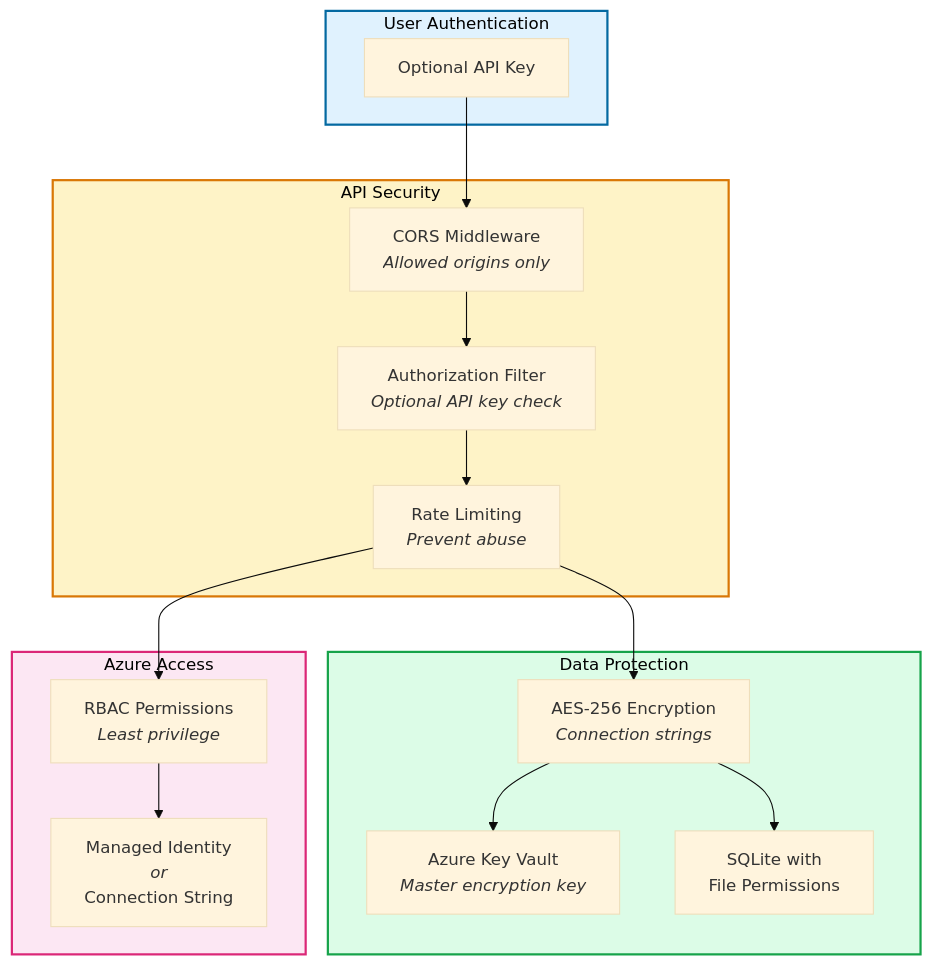
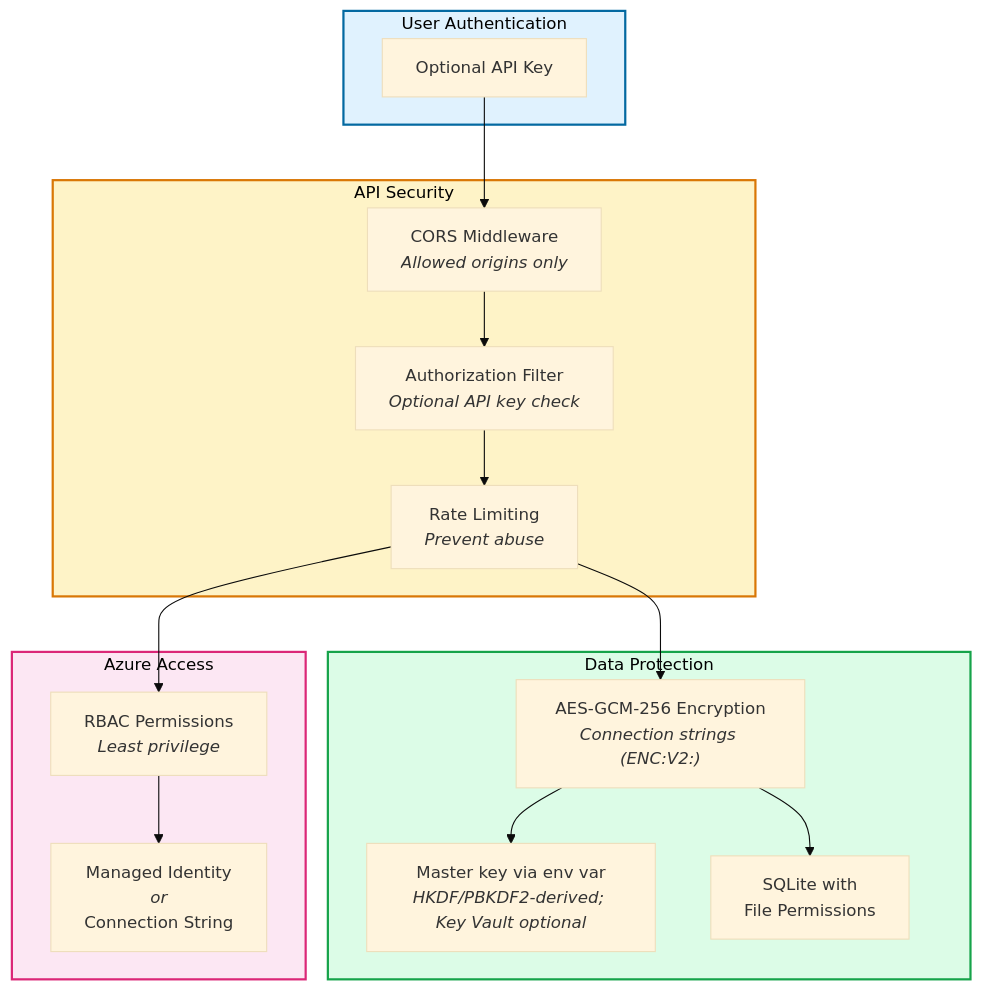
One commit to debdevops/servicehub changed diagram 13 of 13 in docs/COMPREHENSIVE-GUIDE.md. Above: the diagram before and after it, drawn with Mermaid. The commit also changed other lines of this file and 9 other files, not shown here.

First line of the commit message:
Enhance documentation and security measures; refactor architecture for multi-cloud support

````diff
--- a/docs/COMPREHENSIVE-GUIDE.md
+++ b/docs/COMPREHENSIVE-GUIDE.md
@@ -1061,38 +1075,38 @@
 ```mermaid
 %%{init: {'theme':'base', 'themeVariables': { 'fontSize':'15px'}}}%%
 graph TB
     subgraph User["User Authentication"]
         LOGIN["Optional API Key"]
     end
     
     subgraph API["API Security"]
         CORS["CORS Middleware<br/><i>Allowed origins only</i>"]
         AUTH["Authorization Filter<br/><i>Optional API key check</i>"]
         RATE["Rate Limiting<br/><i>Prevent abuse</i>"]
     end
     
     subgraph Data["Data Protection"]
-        ENCRYPT["AES-256 Encryption<br/><i>Connection strings</i>"]
-        SECRETS["Azure Key Vault<br/><i>Master encryption key</i>"]
+        ENCRYPT["AES-GCM-256 Encryption<br/><i>Connection strings (ENC:V2:)</i>"]
+        SECRETS["Master key via env var<br/><i>HKDF/PBKDF2-derived; Key Vault optional</i>"]
         DB["SQLite with<br/>File Permissions"]
     end
     
     subgraph Azure["Azure Access"]
         RBAC["RBAC Permissions<br/><i>Least privilege</i>"]
         SAS["Managed Identity<br/><i>or</i><br/>Connection String"]
     end
     
     LOGIN --> CORS
     CORS --> AUTH
     AUTH --> RATE
     RATE --> ENCRYPT
     ENCRYPT --> SECRETS
     ENCRYPT --> DB
     RATE --> RBAC
     RBAC --> SAS
     
     style User fill:#e0f2fe,stroke:#0369a1,stroke-width:2px,color:#000
     style API fill:#fef3c7,stroke:#d97706,stroke-width:2px,color:#000
     style Data fill:#dcfce7,stroke:#16a34a,stroke-width:2px,color:#000
     style Azure fill:#fce7f3,stroke:#db2777,stroke-width:2px,color:#000
 ```
````
